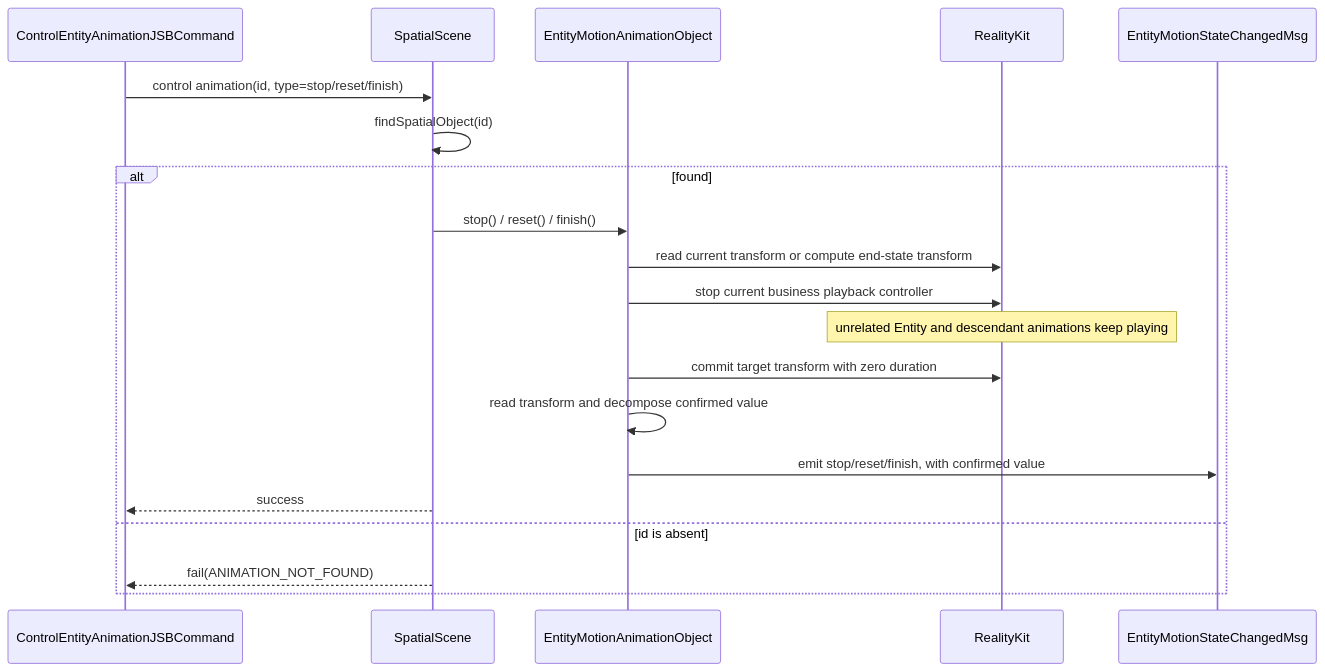
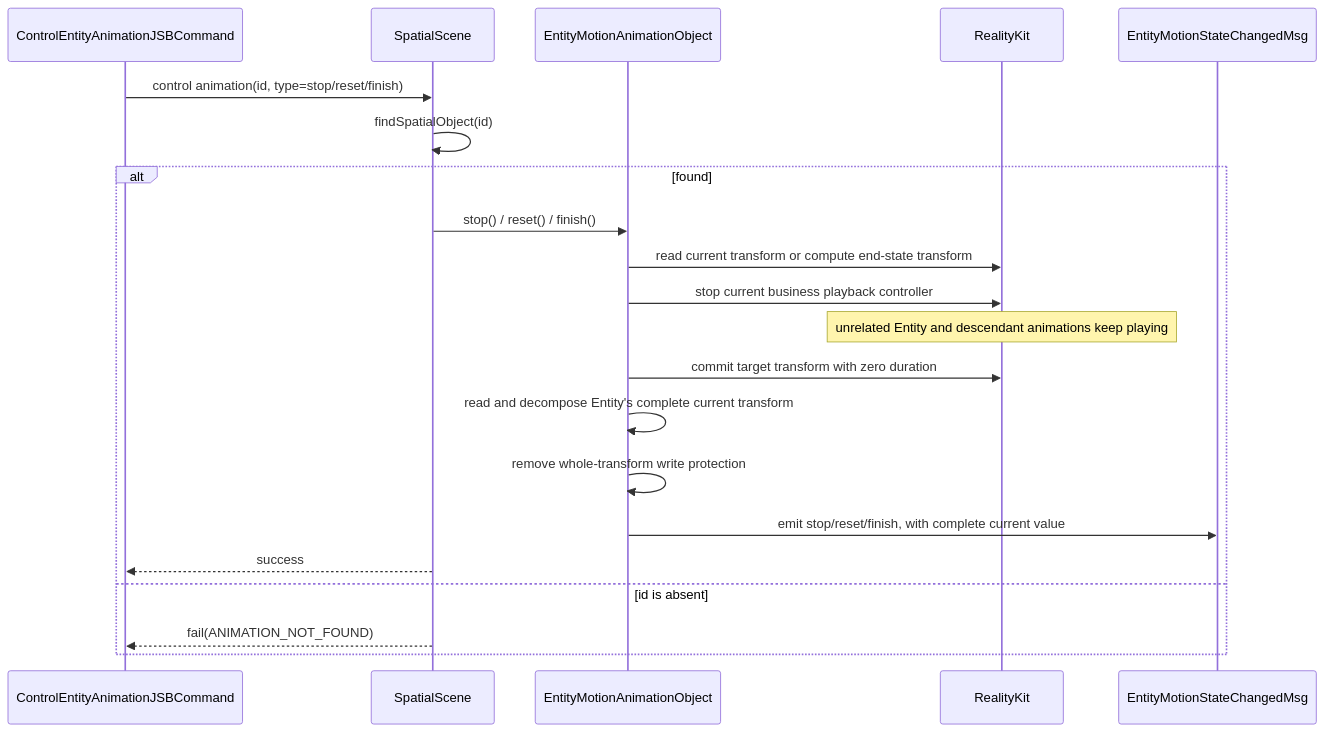
Diagram 13 of 14 in openspec/changes/redesign-entity-motion-api/design.md (webspatial/webspatial-sdk), drawn with Mermaid before and after one commit. The commit also changed other lines of this file and 7 other files, not shown here.

Commit message:
docs(openspec): clarify entity transform write protection and handoff

````diff
--- a/openspec/changes/redesign-entity-motion-api/design.md
+++ b/openspec/changes/redesign-entity-motion-api/design.md
@@ -1297,23 +1299,24 @@
 ```mermaid
 sequenceDiagram
     participant JSB as ControlEntityAnimationJSBCommand
     participant Scene as SpatialScene
     participant Obj as EntityMotionAnimationObject
     participant RK as RealityKit
     participant Event as EntityMotionStateChangedMsg
 
     JSB->>Scene: control animation(id, type=stop/reset/finish)
     Scene->>Scene: findSpatialObject(id)
     alt found
         Scene->>Obj: stop() / reset() / finish()
         Obj->>RK: read current transform or compute end-state transform
         Obj->>RK: stop current business playback controller
         Note over RK: unrelated Entity and descendant animations keep playing
         Obj->>RK: commit target transform with zero duration
-        Obj->>Obj: read transform and decompose confirmed value
-        Obj->>Event: emit stop/reset/finish, with confirmed value
+        Obj->>Obj: read and decompose Entity's complete current transform
+        Obj->>Obj: remove whole-transform write protection
+        Obj->>Event: emit stop/reset/finish, with complete current value
         Scene-->>JSB: success
     else id is absent
         Scene-->>JSB: fail(ANIMATION_NOT_FOUND)
     end
 ```
````
